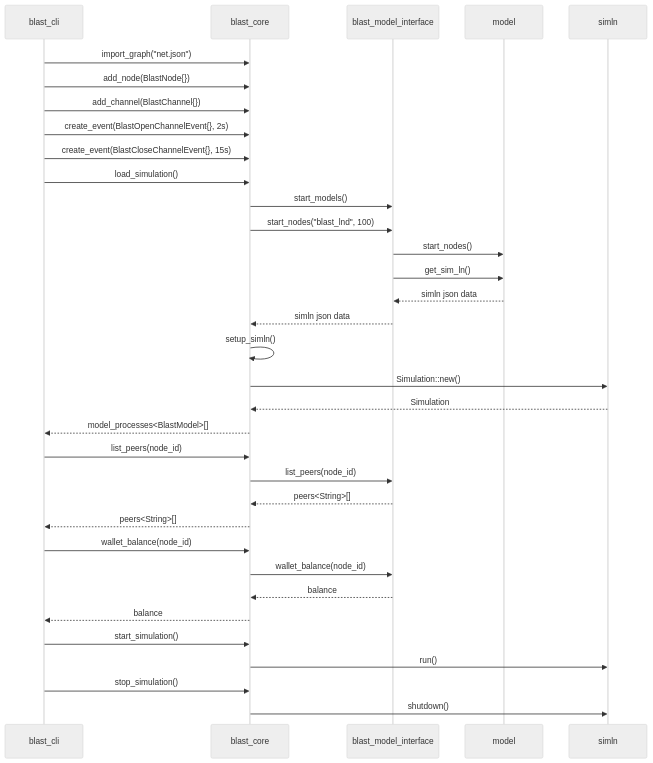
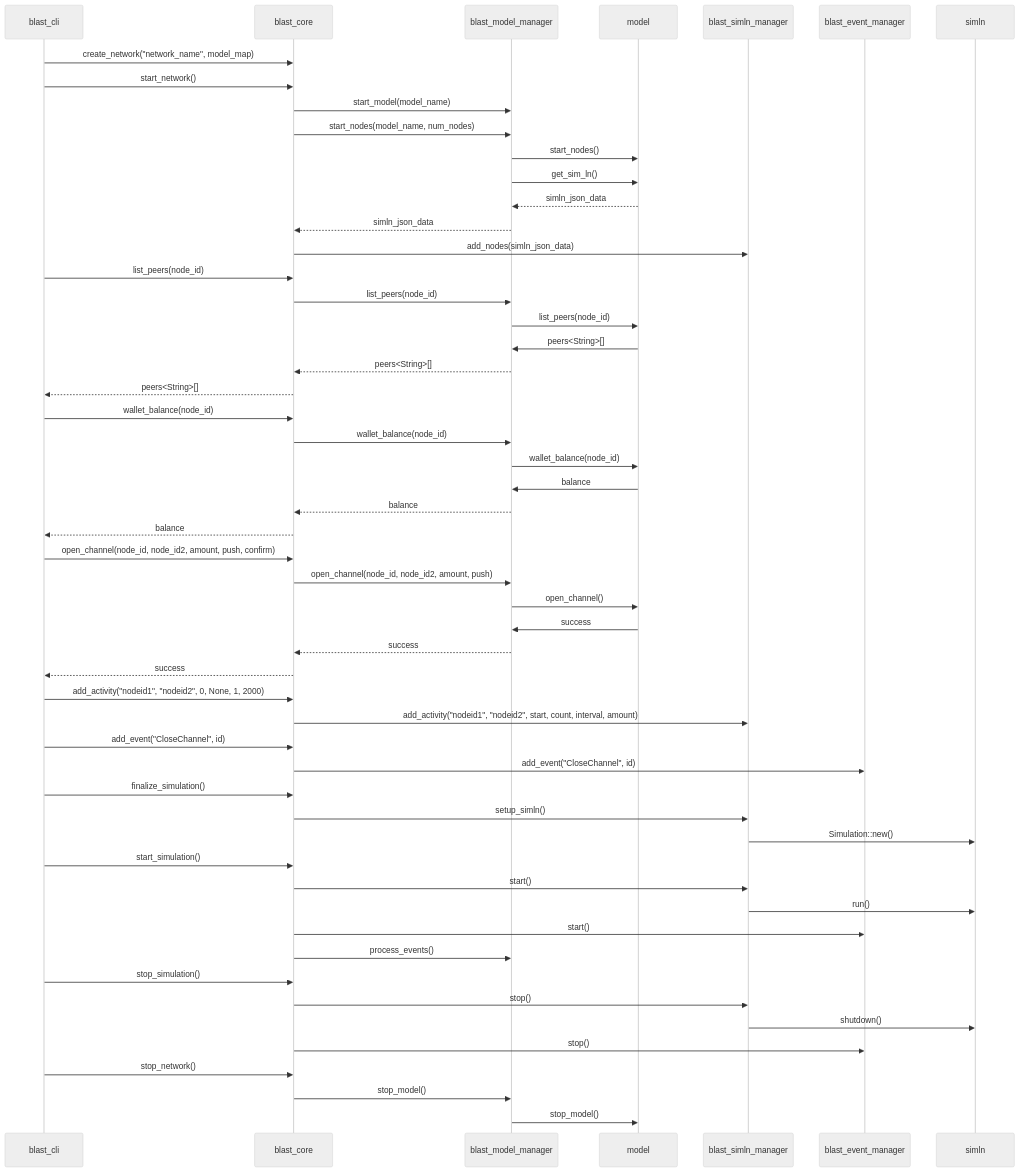
Before and after one commit to bjohnson5/blast: the diagram in design/sequence.md, drawn with Mermaid (neutral theme). The commit also changed 15 other files, not shown here.

Commit message:
Adding events to blast

````diff
--- a/design/sequence.md
+++ b/design/sequence.md
@@ -1,35 +1,59 @@
 ``` mermaid
 sequenceDiagram
-    blast_cli->>blast_core: import_graph("net.json")
-    blast_cli->>blast_core: add_node(BlastNode{})
-    blast_cli->>blast_core: add_channel(BlastChannel{})
-    blast_cli->>blast_core: create_event(BlastOpenChannelEvent{}, 2s)
-    blast_cli->>blast_core: create_event(BlastCloseChannelEvent{}, 15s)
-    blast_cli->>blast_core: load_simulation()
-    blast_core->>blast_model_interface: start_models()
-    blast_core->>blast_model_interface: start_nodes("blast_lnd", 100)
-    blast_model_interface->>model: start_nodes()
-    blast_model_interface->>model: get_sim_ln()
-    model-->>blast_model_interface: simln json data
-    blast_model_interface-->>blast_core: simln json data
-    blast_core->>blast_core: setup_simln()
-    blast_core->>simln: Simulation::new()
-    simln-->>blast_core: Simulation
-    blast_core-->>blast_cli: model_processes<BlastModel>[]
+    blast_cli->>blast_core: create_network("network_name", model_map)
+
+    blast_cli->>blast_core: start_network()
+    blast_core->>blast_model_manager: start_model(model_name)
+    blast_core->>blast_model_manager: start_nodes(model_name, num_nodes)
+    blast_model_manager->>model: start_nodes()
+    blast_model_manager->>model: get_sim_ln()
+    model-->>blast_model_manager: simln_json_data
+    blast_model_manager-->>blast_core: simln_json_data
+    blast_core->>blast_simln_manager: add_nodes(simln_json_data)
 
     blast_cli->>blast_core: list_peers(node_id)
-    blast_core->>blast_model_interface: list_peers(node_id)
-    blast_model_interface-->>blast_core: peers<String>[]
+    blast_core->>blast_model_manager: list_peers(node_id)
+    blast_model_manager->>model: list_peers(node_id)
+    model->>blast_model_manager: peers<String>[]
+    blast_model_manager-->>blast_core: peers<String>[]
     blast_core-->>blast_cli: peers<String>[]
 
     blast_cli->>blast_core: wallet_balance(node_id)
-    blast_core->>blast_model_interface: wallet_balance(node_id)
-    blast_model_interface-->>blast_core: balance
+    blast_core->>blast_model_manager: wallet_balance(node_id)
+    blast_model_manager->>model: wallet_balance(node_id)
+    model->>blast_model_manager: balance
+    blast_model_manager-->>blast_core: balance
     blast_core-->>blast_cli: balance
 
+    blast_cli->>blast_core: open_channel(node_id, node_id2, amount, push, confirm)
+    blast_core->>blast_model_manager: open_channel(node_id, node_id2, amount, push)
+    blast_model_manager->>model: open_channel()
+    model->>blast_model_manager: success
+    blast_model_manager-->>blast_core: success
+    blast_core-->>blast_cli: success
+    
+    blast_cli->>blast_core: add_activity("nodeid1", "nodeid2", 0, None, 1, 2000)
+    blast_core->>blast_simln_manager: add_activity("nodeid1", "nodeid2", start, count, interval, amount)
+
+    blast_cli->>blast_core: add_event("CloseChannel", id)
+    blast_core->>blast_event_manager: add_event("CloseChannel", id)
+
+    blast_cli->>blast_core: finalize_simulation()
+    blast_core->>blast_simln_manager: setup_simln()
+    blast_simln_manager->>simln: Simulation::new()
+
     blast_cli->>blast_core: start_simulation()
-    blast_core->>simln: run()
+    blast_core->>blast_simln_manager: start()
+    blast_simln_manager->>simln: run()
+    blast_core->>blast_event_manager: start()
+    blast_core->>blast_model_manager: process_events()
 
     blast_cli->>blast_core: stop_simulation()
-    blast_core->>simln: shutdown()
+    blast_core->>blast_simln_manager: stop()
+    blast_simln_manager->>simln: shutdown()
+    blast_core->>blast_event_manager: stop()
+
+    blast_cli->>blast_core: stop_network()
+    blast_core->>blast_model_manager: stop_model()
+    blast_model_manager->>model: stop_model()
 ```
````
